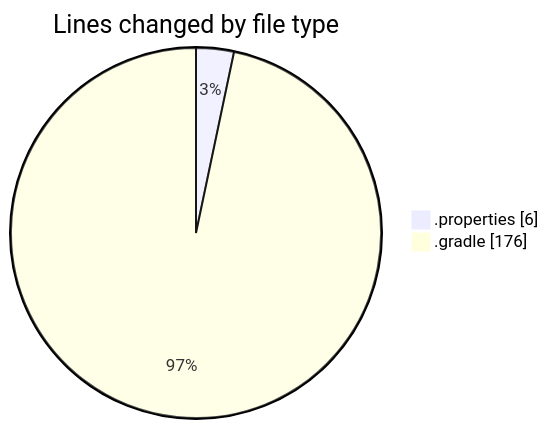
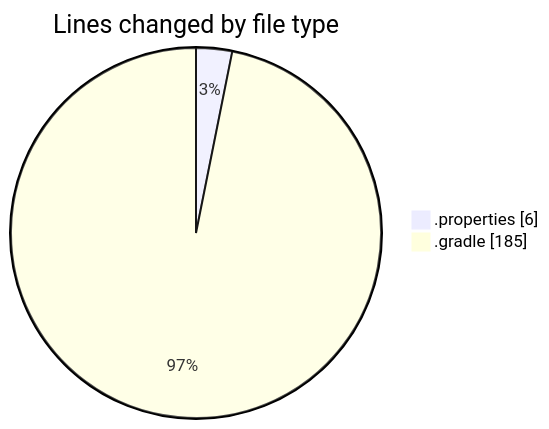
The first of 2 diagrams in 2025-09-06/quanlylink/README.md (lephambinh05/code-tracking), drawn with Mermaid before and after one commit. The commit also changed other lines of this file and 1 other file, not shown here.

````diff
--- a/2025-09-06/quanlylink/README.md
+++ b/2025-09-06/quanlylink/README.md
@@ -22,6 +22,6 @@
 ```mermaid
 pie showData
 title Lines changed by file type
 ".properties" : 6
-".gradle" : 176
+".gradle" : 185
 ```
````
